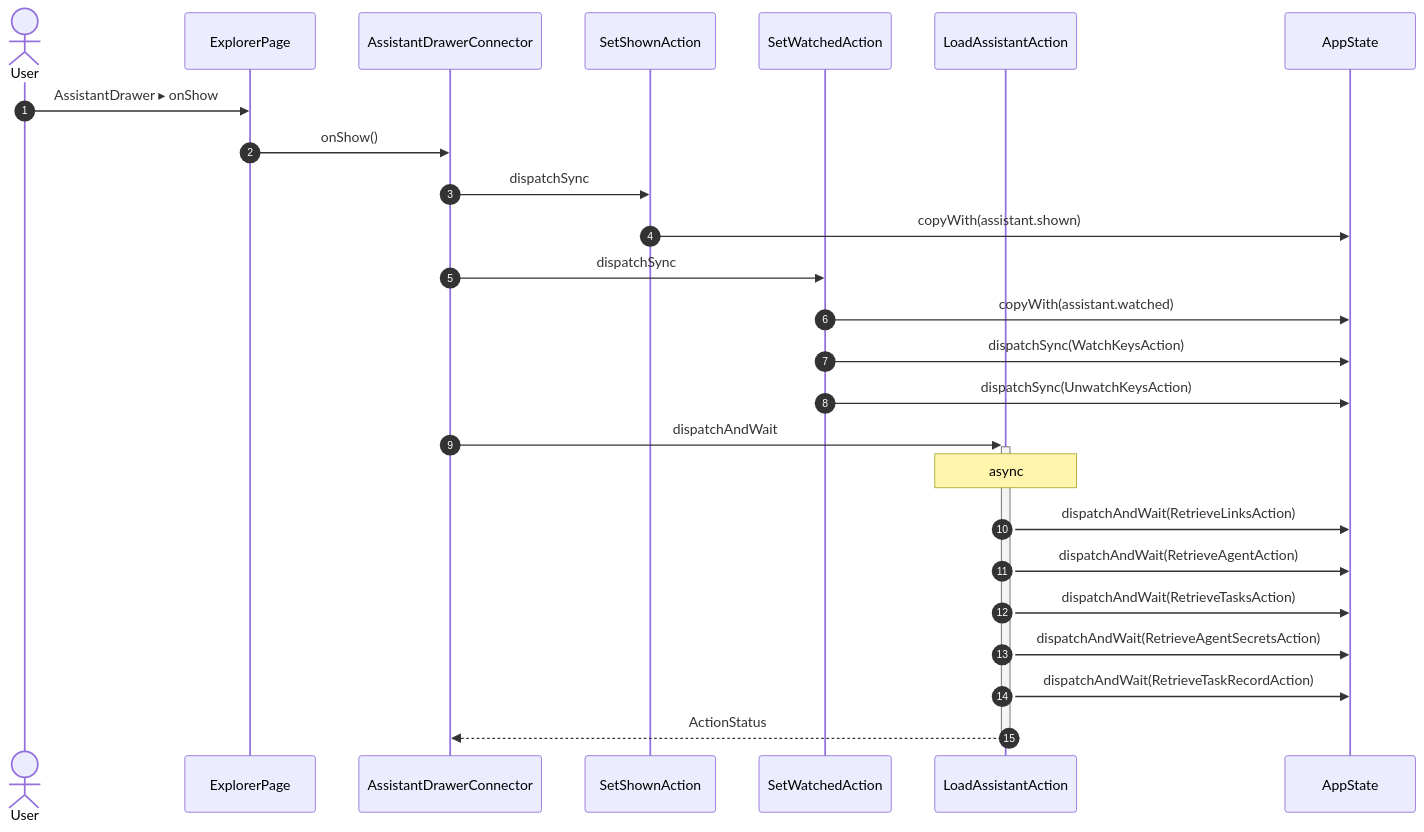
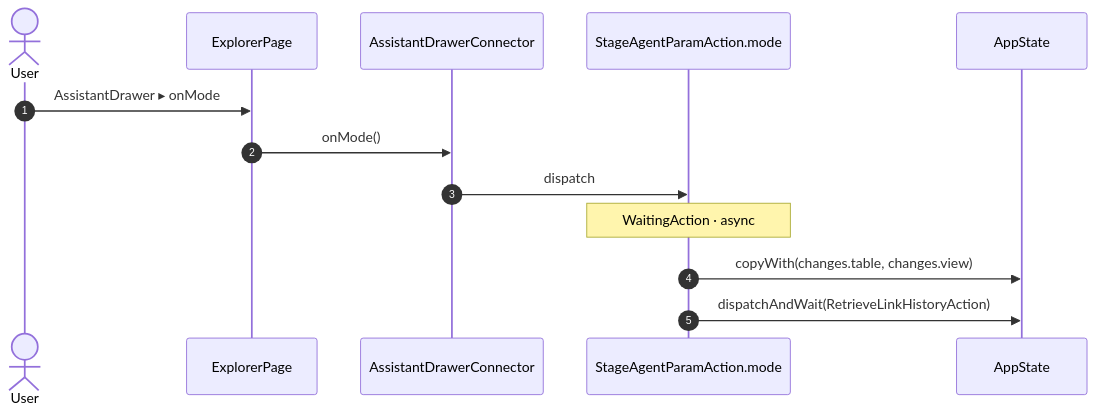
One commit to gencto/wyrm changed diagram 46 of 55 in studio/docs/flows/explorer.md. Above: the diagram before and after it, drawn with Mermaid. The commit also changed other lines of this file and 94 other files, not shown here.

First line of the commit message:
studio: assistant: typed wire, words in ui, one action per intent

````diff
--- a/studio/docs/flows/explorer.md
+++ b/studio/docs/flows/explorer.md
@@ -952,28 +880,16 @@
 ```mermaid
 sequenceDiagram
     autonumber
     actor User
     participant UI as ExplorerPage
     participant R1 as AssistantDrawerConnector
-    participant A1 as SetShownAction
-    participant A2 as SetWatchedAction
-    participant A3 as LoadAssistantAction
+    participant A1 as StageAgentParamAction.mode
     participant ST as AppState
 
-    User->>UI: AssistantDrawer ▸ onShow
-    UI->>R1: onShow()
-    R1->>A1: dispatchSync
-    A1->>ST: copyWith(assistant.shown)
-    R1->>A2: dispatchSync
-    A2->>ST: copyWith(assistant.watched)
-    A2->>ST: dispatchSync(WatchKeysAction)
-    A2->>ST: dispatchSync(UnwatchKeysAction)
-    R1->>+A3: dispatchAndWait
-    Note over A3: async
-    A3->>ST: dispatchAndWait(RetrieveLinksAction)
-    A3->>ST: dispatchAndWait(RetrieveAgentAction)
-    A3->>ST: dispatchAndWait(RetrieveTasksAction)
-    A3->>ST: dispatchAndWait(RetrieveAgentSecretsAction)
-    A3->>ST: dispatchAndWait(RetrieveTaskRecordAction)
-    A3-->>-R1: ActionStatus
+    User->>UI: AssistantDrawer ▸ onMode
+    UI->>R1: onMode()
+    R1->>A1: dispatch
+    Note over A1: WaitingAction · async
+    A1->>ST: copyWith(changes.table, changes.view)
+    A1->>ST: dispatchAndWait(RetrieveLinkHistoryAction)
 ```
````
